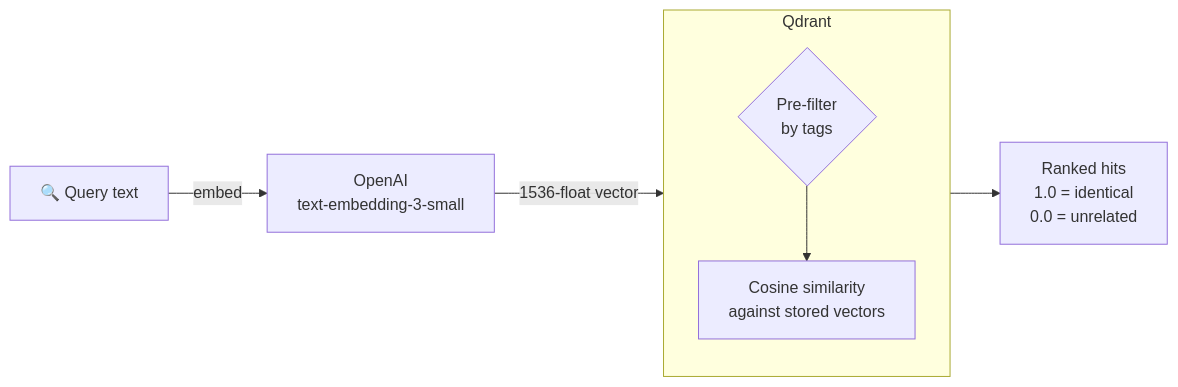
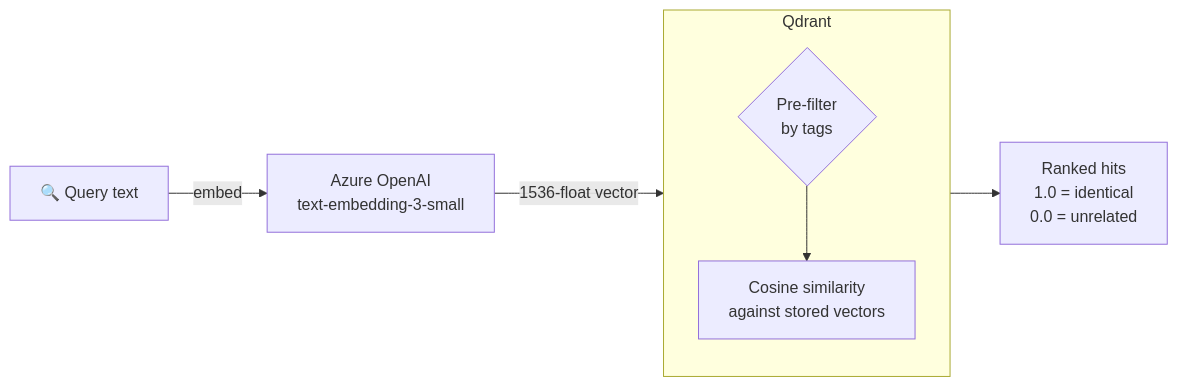
The diagram in module-02/README.md (PeterMilovcik/Qdrant.Demo), drawn with Mermaid before and after one commit. The commit also changed 25 other files, not shown here.

First line of the commit message:
feat: Update workshop to use Azure OpenAI instead of OpenAI

````diff
--- a/module-02/README.md
+++ b/module-02/README.md
@@ -32,10 +32,10 @@
 ```mermaid
 flowchart LR
-    Q["🔍 Query text"] -->|embed| OAI["OpenAI<br>text-embedding-3-small"]
+    Q["🔍 Query text"] -->|embed| OAI["Azure OpenAI<br>text-embedding-3-small"]
     OAI -->|"1536-float vector"| QD
     subgraph QD ["Qdrant"]
         direction TB
         FILT{"Pre-filter<br>by tags"} --> COS["Cosine similarity<br>against stored vectors"]
     end
     COS --> R["Ranked hits<br>1.0 = identical<br>0.0 = unrelated"]
 ```
````
